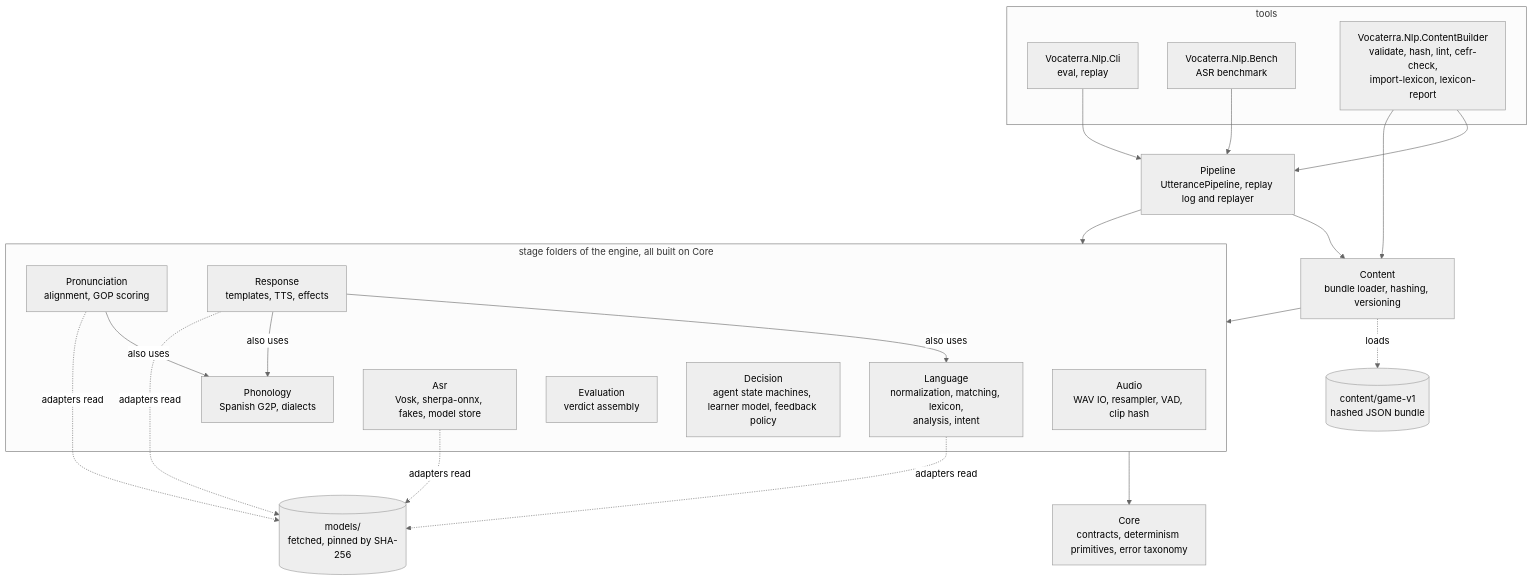
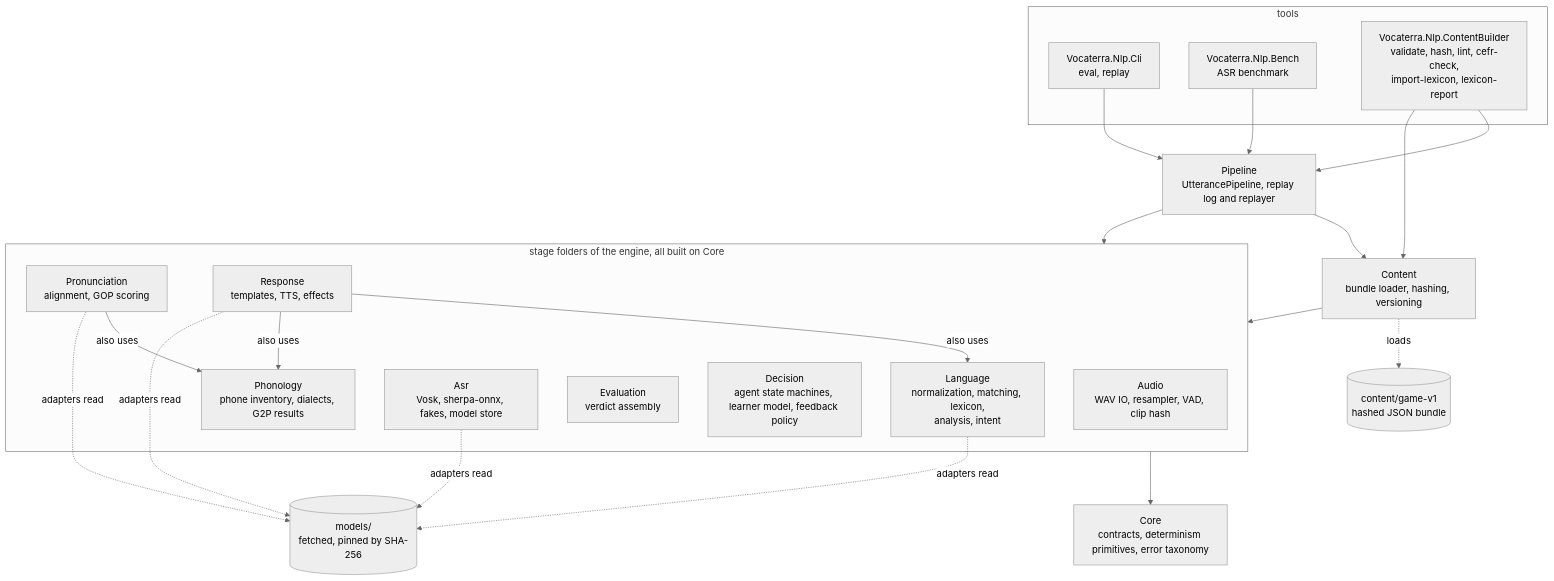
The diagram in docs/nlp/README.md (james-d12/Vocaterra), drawn with Mermaid (neutral theme) before and after one commit. The commit also changed other lines of this file and 9 other files, not shown here.

````diff
--- a/docs/nlp/README.md
+++ b/docs/nlp/README.md
@@ -23,40 +23,40 @@
 ```mermaid
 flowchart TD
     subgraph TOOLS[tools]
         CLI[Vocaterra.Nlp.Cli<br/>eval, replay]
         BENCH[Vocaterra.Nlp.Bench<br/>ASR benchmark]
         BUILDER[Vocaterra.Nlp.ContentBuilder<br/>validate, hash, lint, cefr-check,<br/>import-lexicon, lexicon-report]
     end
     PIPE[Pipeline<br/>UtterancePipeline, replay log and replayer]
     CONTENT[Content<br/>bundle loader, hashing, versioning]
     subgraph STAGES[stage folders of the engine, all built on Core]
         AUDIO[Audio<br/>WAV IO, resampler, VAD, clip hash]
-        PHON[Phonology<br/>Spanish G2P, dialects]
+        PHON[Phonology<br/>phone inventory, dialects, G2P results]
         NLP[Language<br/>normalization, matching, lexicon,<br/>analysis, intent]
         PRON[Pronunciation<br/>alignment, GOP scoring]
         ASR[Asr<br/>Vosk, sherpa-onnx, fakes, model store]
         EVAL[Evaluation<br/>verdict assembly]
         DEC[Decision<br/>agent state machines, learner model, feedback policy]
         RESP[Response<br/>templates, TTS, effects]
     end
     CORE[Core<br/>contracts, determinism primitives, error taxonomy]
     BUNDLE[(content/game-v1<br/>hashed JSON bundle)]
     MODELS[(models/<br/>fetched, pinned by SHA-256)]
 
     CLI --> PIPE
     BENCH --> PIPE
     BUILDER --> PIPE
     BUILDER --> CONTENT
     PIPE --> CONTENT
     PIPE --> STAGES
     CONTENT --> STAGES
     STAGES --> CORE
     PRON -->|also uses| PHON
     RESP -->|also uses| NLP
     RESP -->|also uses| PHON
     CONTENT -.->|loads| BUNDLE
     ASR -.->|adapters read| MODELS
     PRON -.->|adapters read| MODELS
     NLP -.->|adapters read| MODELS
     RESP -.->|adapters read| MODELS
 ```
````
